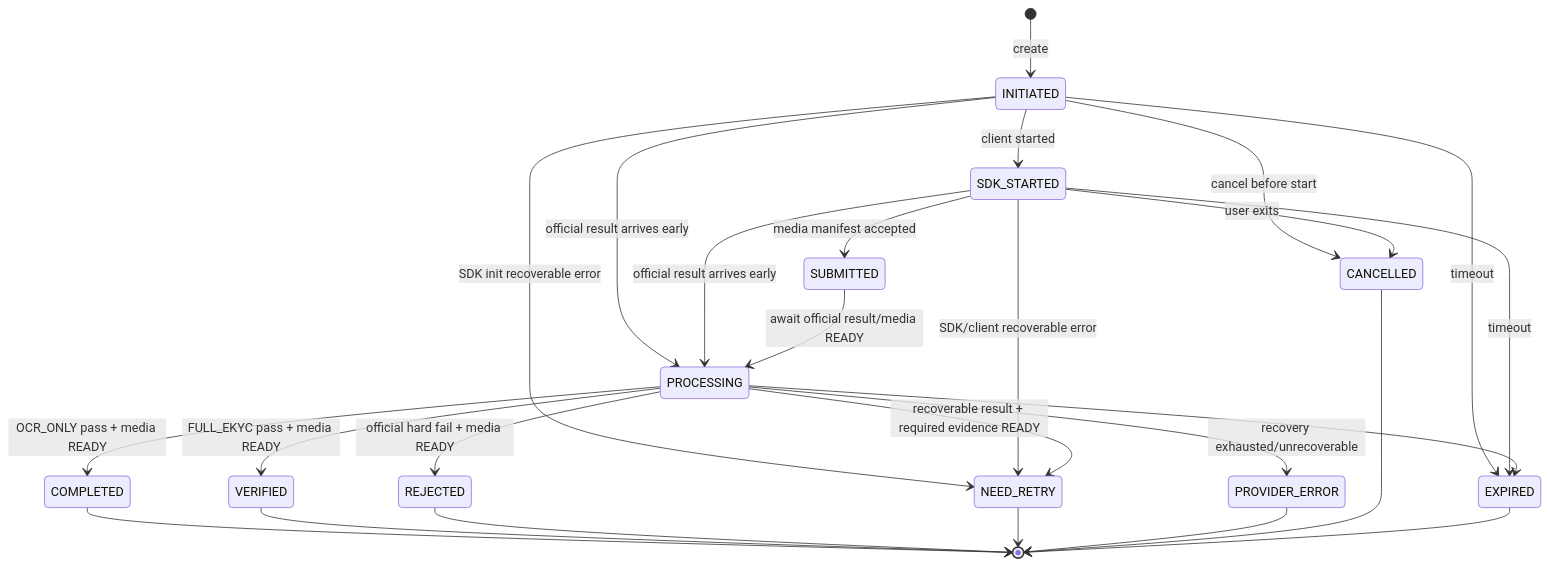
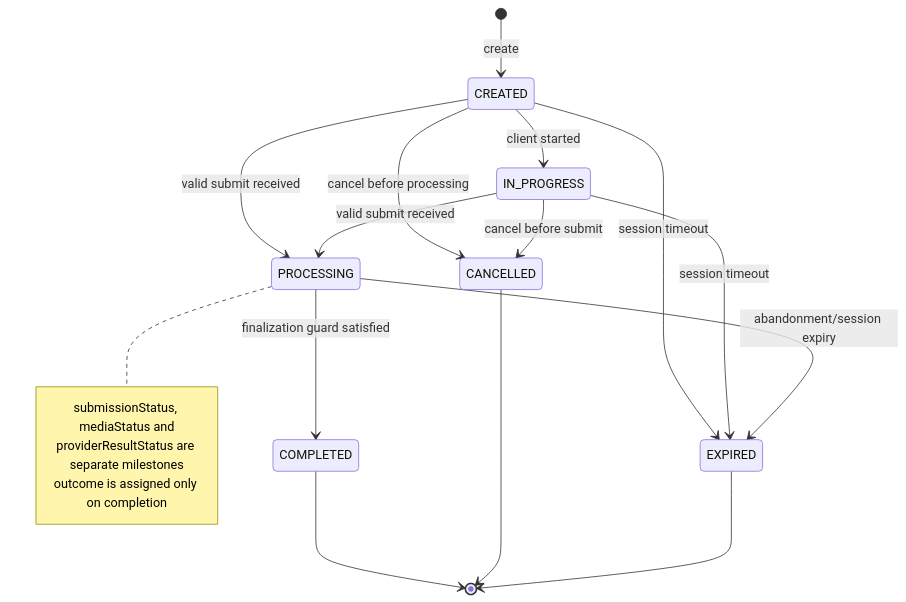
The sixth of 19 diagrams in tdd2.md (huynv-xyz/vhm), drawn with Mermaid before and after one commit. The commit also changed other lines of this file, not shown here.

````diff
--- a/tdd2.md
+++ b/tdd2.md
@@ -675,31 +676,25 @@
 ```mermaid
 stateDiagram-v2
-    [*] --> INITIATED: create
-    INITIATED --> SDK_STARTED: client started
-    INITIATED --> CANCELLED: cancel before start
-    INITIATED --> EXPIRED: timeout
-    INITIATED --> NEED_RETRY: SDK init recoverable error
-    INITIATED --> PROCESSING: official result arrives early
+    [*] --> CREATED: create
+    CREATED --> IN_PROGRESS: client started
+    CREATED --> PROCESSING: valid submit received
+    CREATED --> CANCELLED: cancel before processing
+    CREATED --> EXPIRED: session timeout
 
-    SDK_STARTED --> SUBMITTED: media manifest accepted
-    SDK_STARTED --> CANCELLED: user exits
-    SDK_STARTED --> NEED_RETRY: SDK/client recoverable error
-    SDK_STARTED --> EXPIRED: timeout
-    SDK_STARTED --> PROCESSING: official result arrives early
+    IN_PROGRESS --> PROCESSING: valid submit received
+    IN_PROGRESS --> CANCELLED: cancel before submit
+    IN_PROGRESS --> EXPIRED: session timeout
 
-    SUBMITTED --> PROCESSING: await official result/media READY
-    PROCESSING --> COMPLETED: OCR_ONLY pass + media READY
-    PROCESSING --> VERIFIED: FULL_EKYC pass + media READY
-    PROCESSING --> REJECTED: official hard fail + media READY
-    PROCESSING --> NEED_RETRY: recoverable result + required evidence READY
-    PROCESSING --> PROVIDER_ERROR: recovery exhausted/unrecoverable
-    PROCESSING --> EXPIRED
+    PROCESSING --> COMPLETED: finalization guard satisfied
+    PROCESSING --> EXPIRED: abandonment/session expiry
 
     COMPLETED --> [*]
-    VERIFIED --> [*]
-    REJECTED --> [*]
-    NEED_RETRY --> [*]
-    PROVIDER_ERROR --> [*]
     CANCELLED --> [*]
     EXPIRED --> [*]
+
+    note right of PROCESSING
+      submissionStatus, mediaStatus and
+      providerResultStatus are separate milestones
+      outcome is assigned only on completion
+    end note
 ```
````
